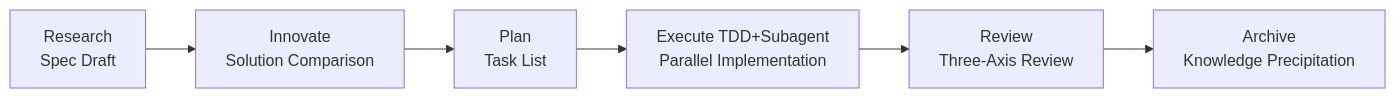
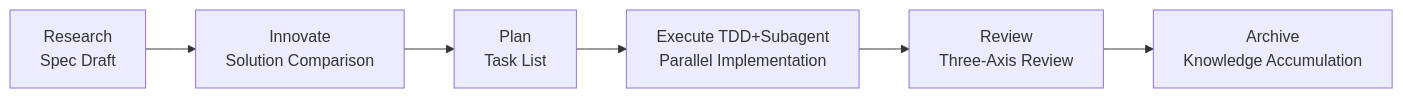
Before and after one commit to AngelWings1997/altas: the second of 2 diagrams in README_EN.md, drawn with Mermaid. The commit also changed other lines of this file and 5 other files, not shown here.

````diff
--- a/README_EN.md
+++ b/README_EN.md
@@ -306,8 +306,8 @@
 ```mermaid
 flowchart LR
     R["Research<br>Spec Draft"] --> I["Innovate<br>Solution Comparison"]
     I --> P["Plan<br>Task List"]
     P --> E["Execute TDD+Subagent<br>Parallel Implementation"]
     E --> RV["Review<br>Three-Axis Review"]
-    RV --> A["Archive<br>Knowledge Precipitation"]
+    RV --> A["Archive<br>Knowledge Accumulation"]
 ```
````
